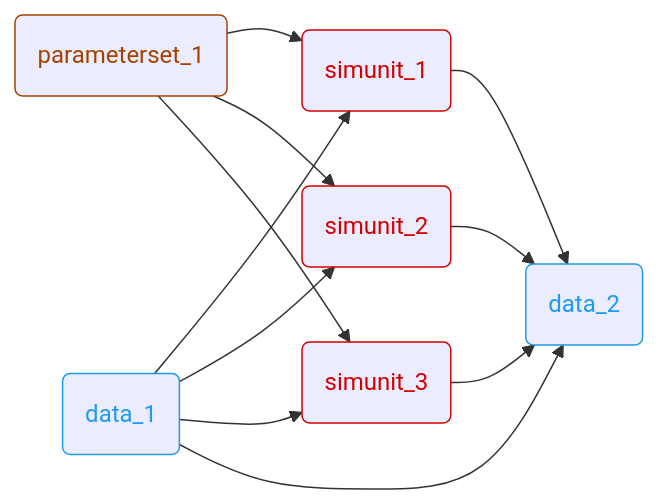
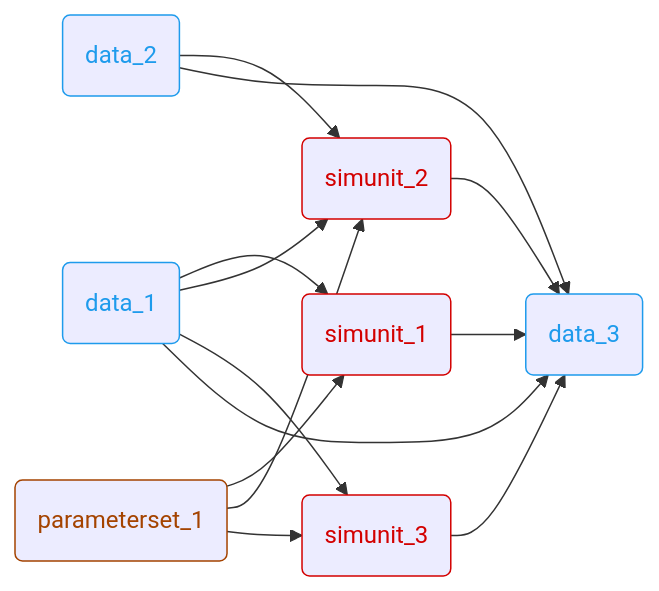
Before and after one commit to olympus-tools/ARES: the second of 2 diagrams in examples/README.md, drawn with Mermaid. The commit also changed 7 other files, not shown here.

````diff
--- a/examples/README.md
+++ b/examples/README.md
@@ -106,25 +106,28 @@
 ```mermaid
 flowchart LR
     PARAM1(parameterset_1) --> SIM1(simunit_1)
     PARAM1 --> SIM2(simunit_2)
     PARAM1 --> SIM3(simunit_3)
     DATA1(data_1) --> SIM1
     DATA1 --> SIM2
     DATA1 --> SIM3
-    DATA1 --> DATA2(data_2)
-    SIM1 --> DATA2
-    SIM2 --> DATA2
-    SIM3 --> DATA2
+    DATA2(data_2) --> SIM2
+    DATA1 --> DATA3(data_3)
+    DATA2 --> DATA3
+    SIM1 --> DATA3
+    SIM2 --> DATA3
+    SIM3 --> DATA3
 
     classDef Parameters     color:#a44300, stroke:#a44300;
     classDef Data           color:#1e9bec, stroke:#1e9bec;
     classDef SW_Unit        color:#d30000, stroke:#d30000;
     classDef Plugin         color:#e5d300, stroke:#e5d300;
 
     class PARAM1 Parameters;
     class DATA1 Data;
     class DATA2 Data;
+    class DATA3 Data;
     class SIM1 SW_Unit;
     class SIM2 SW_Unit;
     class SIM3 SW_Unit;
 ```
````
